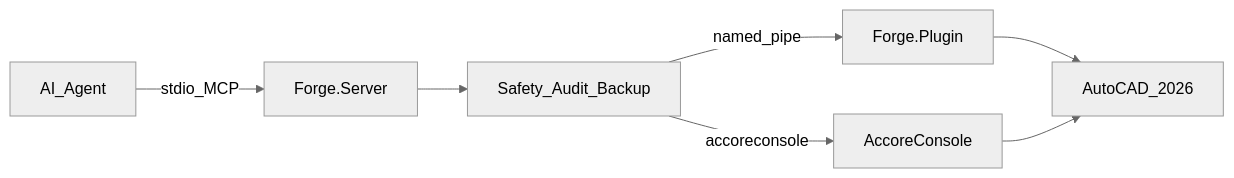
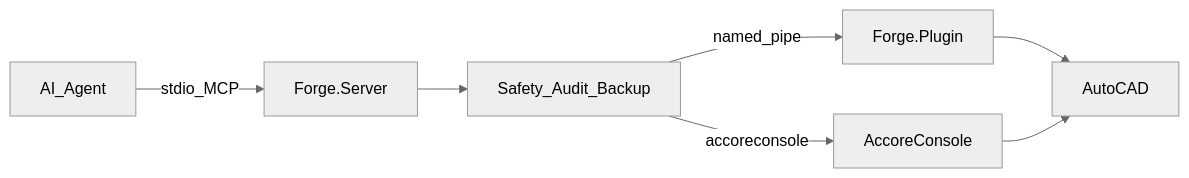
The diagram in docs/architecture.md (meococ/765T-Forge), drawn with Mermaid (neutral theme) before and after one commit. The commit also changed other lines of this file and 177 other files, not shown here.

````diff
--- a/docs/architecture.md
+++ b/docs/architecture.md
@@ -7,9 +7,9 @@
 ```mermaid
 flowchart LR
   Agent[AI_Agent] -->|stdio_MCP| Server[Forge.Server]
   Server --> Safety[Safety_Audit_Backup]
   Safety -->|named_pipe| Plugin[Forge.Plugin]
   Safety -->|accoreconsole| Headless[AccoreConsole]
-  Plugin --> CAD[AutoCAD_2026]
+  Plugin --> CAD[AutoCAD]
   Headless --> CAD
 ```
````
